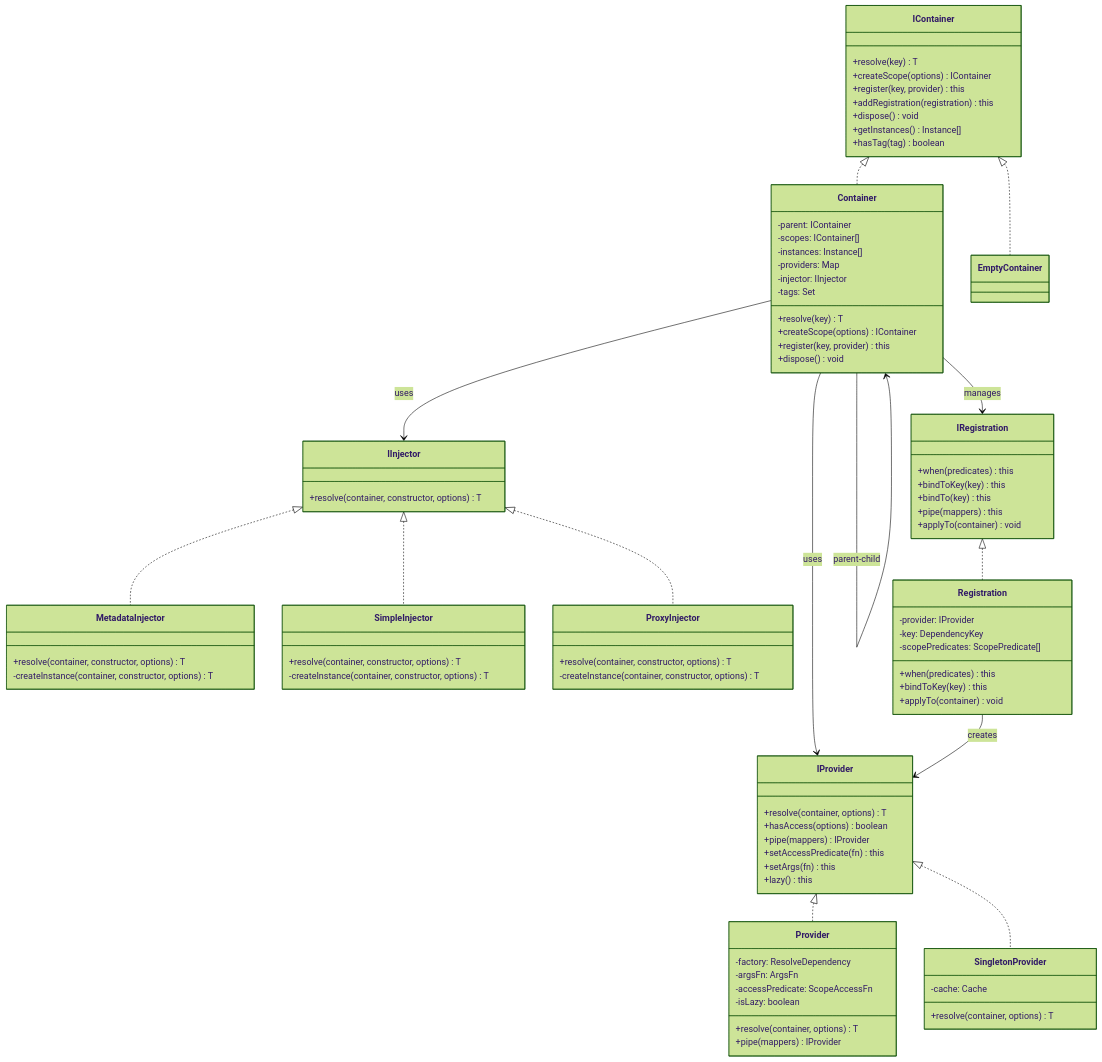
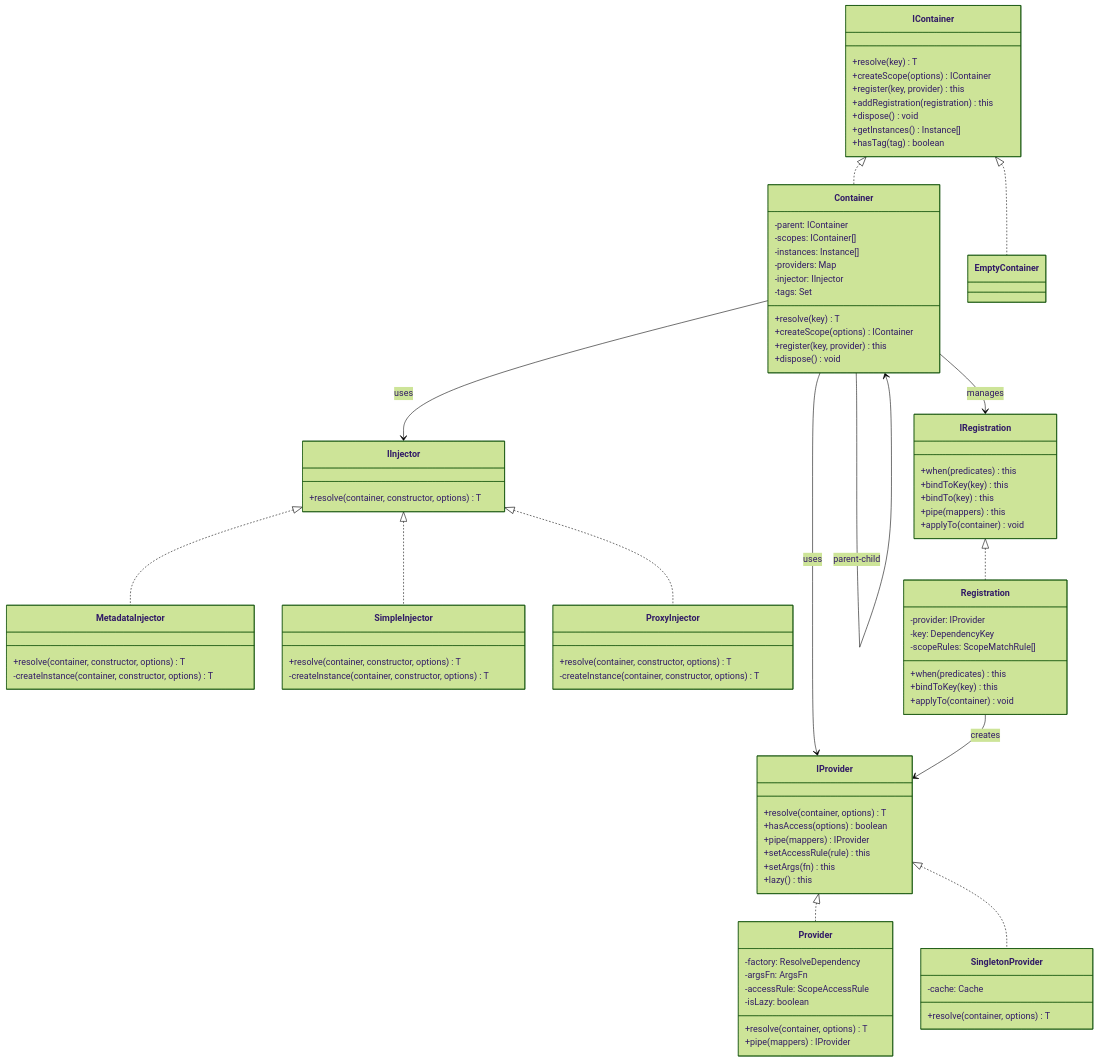
Before and after one commit to IgorBabkin/ts-ioc-container: the diagram in docs/src/diagrams/class-diagram.mermaid, drawn with Mermaid (forest theme). The commit also changed 17 other files, not shown here.

Commit message:
feat(refactor): update some types - ScopePredicate -> ScopeMatchRule, ScopeAccessFn -> ScopeAccessRule

```diff
--- a/docs/src/diagrams/class-diagram.mermaid
+++ b/docs/src/diagrams/class-diagram.mermaid
@@ -1,96 +1,96 @@
 classDiagram
     class IContainer {
         +resolve(key) T
         +createScope(options) IContainer
         +register(key, provider) this
         +addRegistration(registration) this
         +dispose() void
         +getInstances() Instance[]
         +hasTag(tag) boolean
     }
 
     class Container {
         -parent: IContainer
         -scopes: IContainer[]
         -instances: Instance[]
         -providers: Map
         -injector: IInjector
         -tags: Set
         +resolve(key) T
         +createScope(options) IContainer
         +register(key, provider) this
         +dispose() void
     }
 
     class IProvider {
         +resolve(container, options) T
         +hasAccess(options) boolean
         +pipe(mappers) IProvider
-        +setAccessPredicate(fn) this
+        +setAccessRule(rule) this
         +setArgs(fn) this
         +lazy() this
     }
 
     class Provider {
         -factory: ResolveDependency
         -argsFn: ArgsFn
-        -accessPredicate: ScopeAccessFn
+        -accessRule: ScopeAccessRule
         -isLazy: boolean
         +resolve(container, options) T
         +pipe(mappers) IProvider
     }
 
     class SingletonProvider {
         -cache: Cache
         +resolve(container, options) T
     }
 
     class IInjector {
         +resolve(container, constructor, options) T
     }
 
     class MetadataInjector {
         +resolve(container, constructor, options) T
         -createInstance(container, constructor, options) T
     }
 
     class SimpleInjector {
         +resolve(container, constructor, options) T
         -createInstance(container, constructor, options) T
     }
 
     class ProxyInjector {
         +resolve(container, constructor, options) T
         -createInstance(container, constructor, options) T
     }
 
     class IRegistration {
         +when(predicates) this
         +bindToKey(key) this
         +bindTo(key) this
         +pipe(mappers) this
         +applyTo(container) void
     }
 
     class Registration {
         -provider: IProvider
         -key: DependencyKey
-        -scopePredicates: ScopePredicate[]
+        -scopeRules: ScopeMatchRule[]
         +when(predicates) this
         +bindToKey(key) this
         +applyTo(container) void
     }
 
     IContainer <|.. Container
     IContainer <|.. EmptyContainer
     Container --> IProvider : uses
     Container --> IInjector : uses
     Container --> IRegistration : manages
     IProvider <|.. Provider
     IProvider <|.. SingletonProvider
     IInjector <|.. MetadataInjector
     IInjector <|.. SimpleInjector
     IInjector <|.. ProxyInjector
     IRegistration <|.. Registration
     Registration --> IProvider : creates
     Container --> Container : parent-child
```
